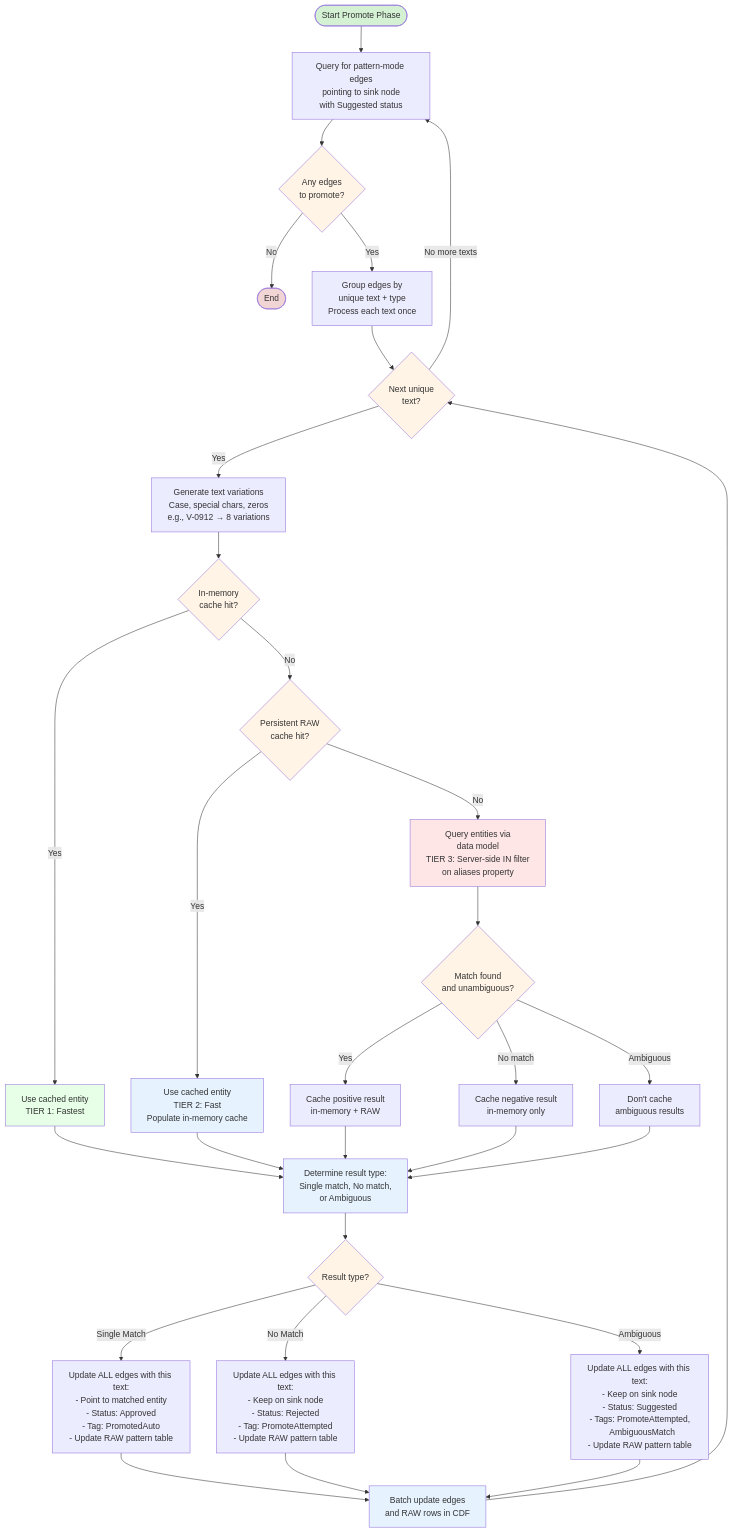
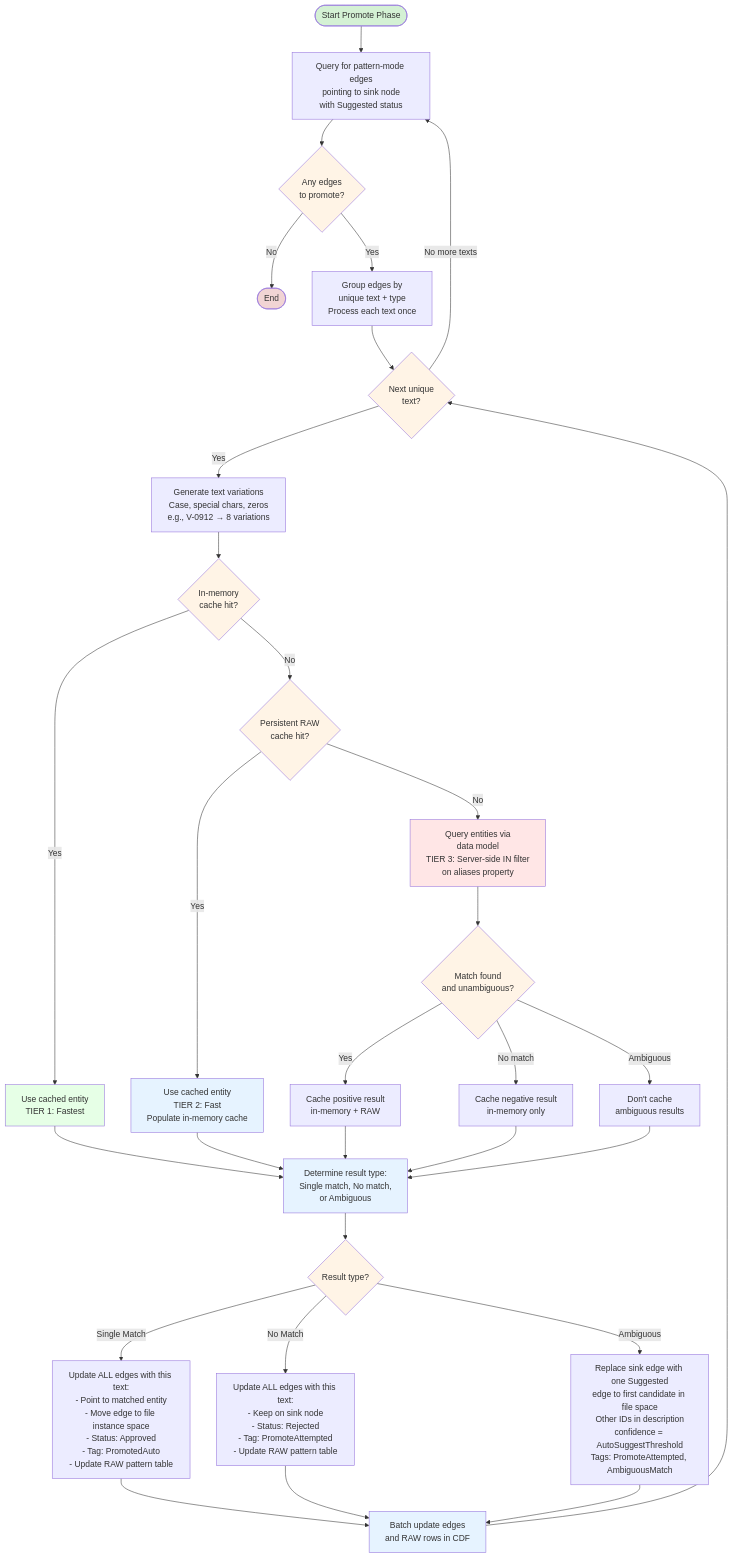
The fourth of 5 diagrams in modules/contextualization/cdf_file_annotation/README.md (cognitedata/library), drawn with Mermaid before and after one commit. The commit also changed other lines of this file and 5 other files, not shown here.

````diff
--- a/modules/contextualization/cdf_file_annotation/README.md
+++ b/modules/contextualization/cdf_file_annotation/README.md
@@ -266,54 +266,54 @@
 ```mermaid
 flowchart TD
     Start([Start Promote Phase]) --> QueryEdges[Query for pattern-mode edges<br/>pointing to sink node<br/>with Suggested status]
     QueryEdges --> CheckEdges{Any edges<br/>to promote?}
     CheckEdges -->|No| End([End])
     CheckEdges -->|Yes| GroupText[Group edges by<br/>unique text + type<br/>Process each text once]
 
     GroupText --> NextText{Next unique<br/>text?}
     NextText -->|Yes| GenVariations[Generate text variations<br/>Case, special chars, zeros<br/>e.g., V-0912 → 8 variations]
 
     GenVariations --> CheckMemCache{In-memory<br/>cache hit?}
     CheckMemCache -->|Yes| UseMemCache[Use cached entity<br/>TIER 1: Fastest]
     CheckMemCache -->|No| CheckRAWCache{Persistent RAW<br/>cache hit?}
 
     CheckRAWCache -->|Yes| UseRAWCache[Use cached entity<br/>TIER 2: Fast<br/>Populate in-memory cache]
     CheckRAWCache -->|No| SearchEntities[Query entities via<br/>data model<br/>TIER 3: Server-side IN filter<br/>on aliases property]
 
     SearchEntities --> CacheResult{Match found<br/>and unambiguous?}
     CacheResult -->|Yes| CachePositive[Cache positive result<br/>in-memory + RAW]
     CacheResult -->|No match| CacheNegative[Cache negative result<br/>in-memory only]
     CacheResult -->|Ambiguous| NoCache[Don't cache<br/>ambiguous results]
 
     UseMemCache --> ProcessResult
     UseRAWCache --> ProcessResult
     CachePositive --> ProcessResult[Determine result type:<br/>Single match, No match,<br/>or Ambiguous]
     CacheNegative --> ProcessResult
     NoCache --> ProcessResult
 
     ProcessResult --> UpdateEdges{Result type?}
-    UpdateEdges -->|Single Match| ApproveEdges[Update ALL edges with this text:<br/>- Point to matched entity<br/>- Status: Approved<br/>- Tag: PromotedAuto<br/>- Update RAW pattern table]
+    UpdateEdges -->|Single Match| ApproveEdges[Update ALL edges with this text:<br/>- Point to matched entity<br/>- Move edge to file instance space<br/>- Status: Approved<br/>- Tag: PromotedAuto<br/>- Update RAW pattern table]
     UpdateEdges -->|No Match| RejectEdges[Update ALL edges with this text:<br/>- Keep on sink node<br/>- Status: Rejected<br/>- Tag: PromoteAttempted<br/>- Update RAW pattern table]
-    UpdateEdges -->|Ambiguous| FlagEdges[Update ALL edges with this text:<br/>- Keep on sink node<br/>- Status: Suggested<br/>- Tags: PromoteAttempted,<br/>  AmbiguousMatch<br/>- Update RAW pattern table]
+    UpdateEdges -->|Ambiguous| FlagEdges[Replace sink edge with one Suggested<br/>edge to first candidate in file space<br/>Other IDs in description<br/>confidence = AutoSuggestThreshold<br/>Tags: PromoteAttempted, AmbiguousMatch]
 
     ApproveEdges --> BatchUpdate[Batch update edges<br/>and RAW rows in CDF]
     RejectEdges --> BatchUpdate
     FlagEdges --> BatchUpdate
 
     BatchUpdate --> NextText
     NextText -->|No more texts| QueryEdges
 
     style Start fill:#d4f1d4
     style End fill:#f1d4d4
     style CheckEdges fill:#fff4e6
     style CheckMemCache fill:#fff4e6
     style CheckRAWCache fill:#fff4e6
     style CacheResult fill:#fff4e6
     style UpdateEdges fill:#fff4e6
     style NextText fill:#fff4e6
     style UseMemCache fill:#e6ffe6
     style UseRAWCache fill:#e6f3ff
     style SearchEntities fill:#ffe6e6
     style ProcessResult fill:#e6f3ff
     style BatchUpdate fill:#e6f3ff
 ```
````
